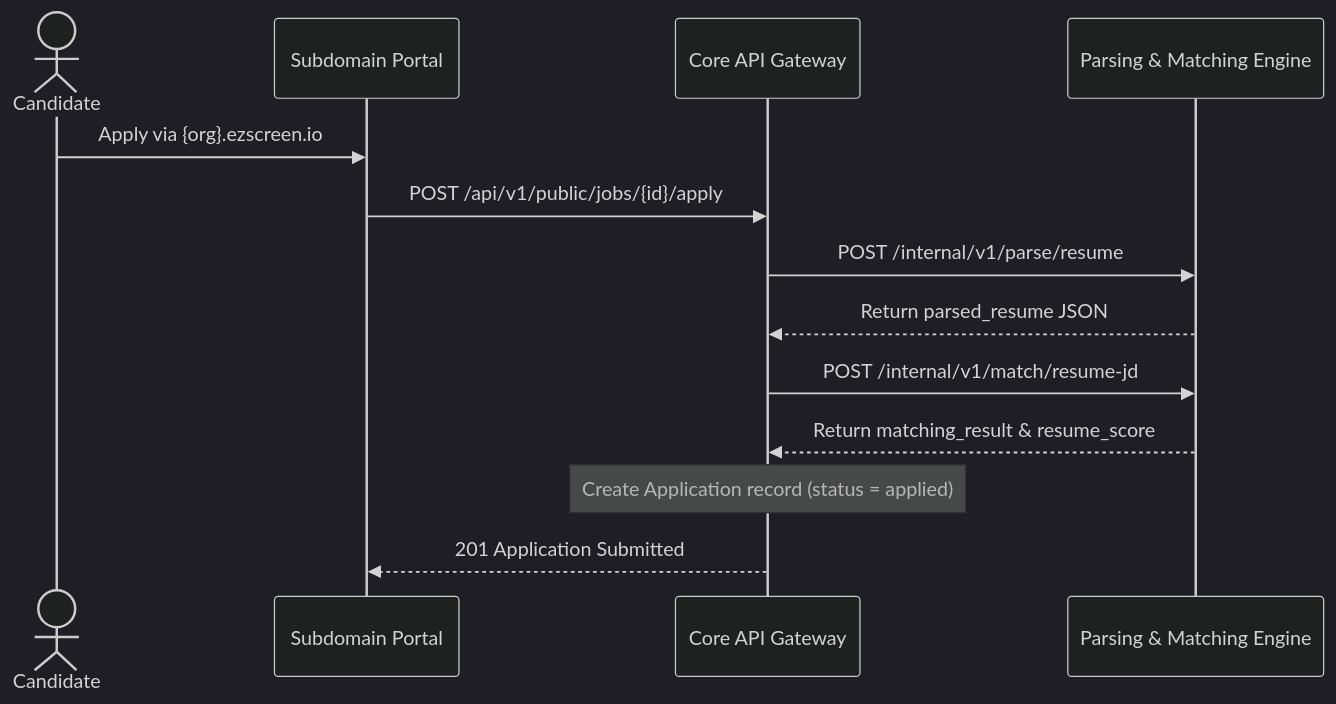
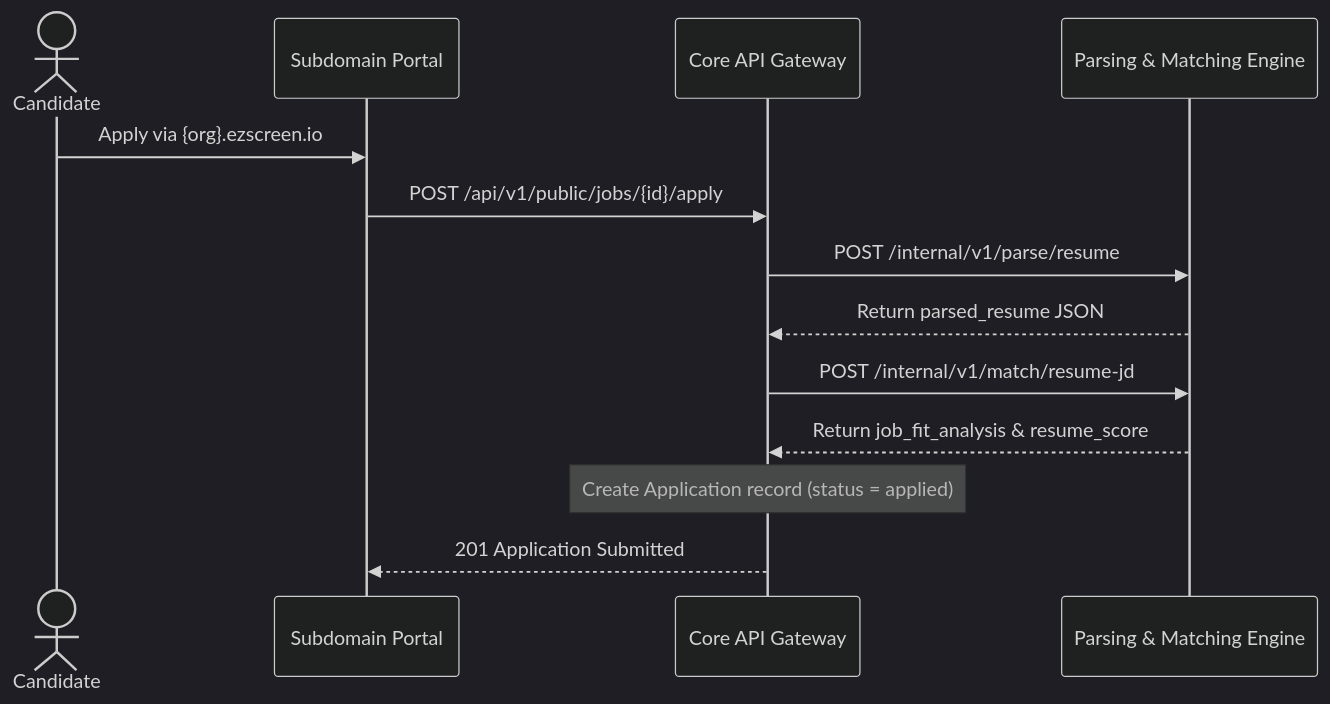
The third of 4 diagrams in docs/requirements/AI_SCREENING_REQUIREMENTS.md (joshsoftware/EZScreen), drawn with Mermaid (dark theme) before and after one commit. The commit also changed other lines of this file and 7 other files, not shown here.

Commit message:
refactor: rename matching_result field to job_fit_analysis

````diff
--- a/docs/requirements/AI_SCREENING_REQUIREMENTS.md
+++ b/docs/requirements/AI_SCREENING_REQUIREMENTS.md
@@ -130,16 +130,16 @@
 ```mermaid
 sequenceDiagram
     actor C as Candidate
     participant F as Subdomain Portal
     participant B as Core API Gateway
     participant P as Parsing & Matching Engine
 
     C->>F: Apply via {org}.ezscreen.io
     F->>B: POST /api/v1/public/jobs/{id}/apply
     B->>P: POST /internal/v1/parse/resume
     P-->>B: Return parsed_resume JSON
     B->>P: POST /internal/v1/match/resume-jd
-    P-->>B: Return matching_result & resume_score
+    P-->>B: Return job_fit_analysis & resume_score
     Note over B: Create Application record (status = applied)
     B-->>F: 201 Application Submitted
 ```
````
